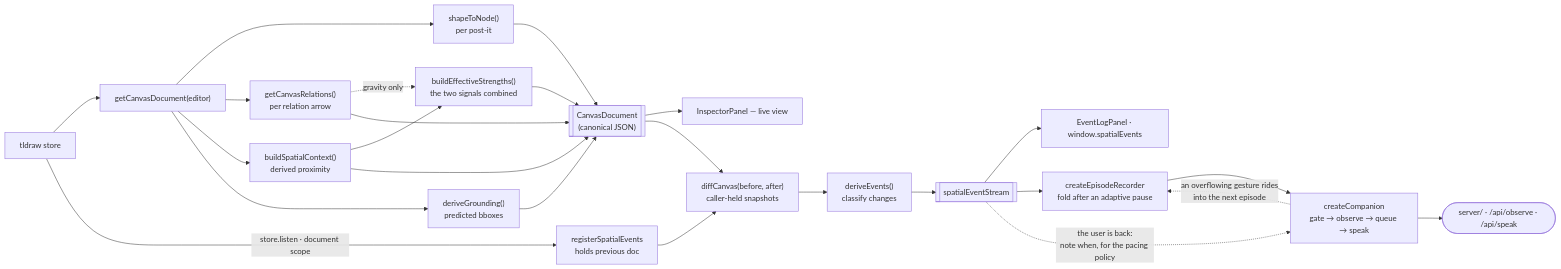
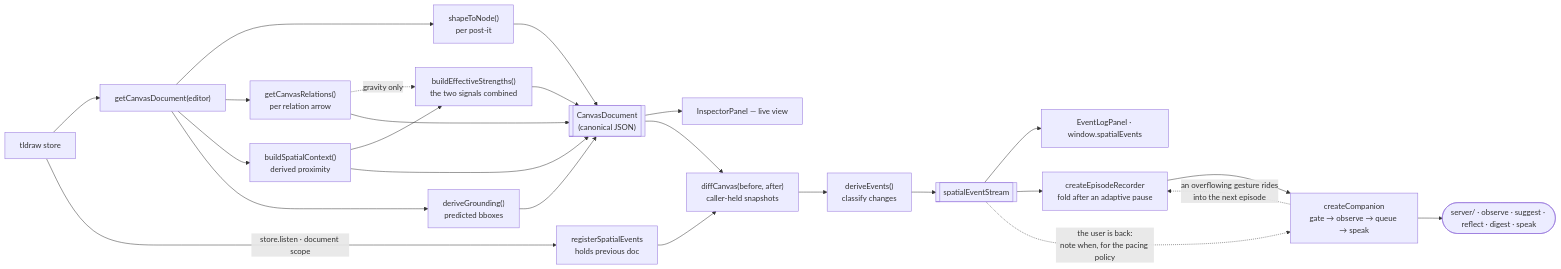
Before and after one commit to merdemkoc/llm-spatial-context: the second of 3 diagrams in CODEMAP.md, drawn with Mermaid. The commit also changed other lines of this file and 40 other files, not shown here.

````diff
--- a/CODEMAP.md
+++ b/CODEMAP.md
@@ -83,27 +83,27 @@
 ```mermaid
 flowchart LR
     store[tldraw store] --> gcd["getCanvasDocument(editor)"]
     gcd --> stn["shapeToNode()<br/>per post-it"]
     gcd --> gcr["getCanvasRelations()<br/>per relation arrow"]
     gcd --> bsc["buildSpatialContext()<br/>derived proximity"]
     gcd --> dg["deriveGrounding()<br/>predicted bboxes"]
     bsc --> bes["buildEffectiveStrengths()<br/>the two signals combined"]
     gcr -.->|"gravity only"| bes
     stn --> doc[["CanvasDocument<br/>(canonical JSON)"]]
     gcr --> doc
     bsc --> doc
     bes --> doc
     dg --> doc
     doc --> insp[InspectorPanel — live view]
     doc --> diff["diffCanvas(before, after)<br/>caller-held snapshots"]
     store -->|"store.listen · document scope"| rse["registerSpatialEvents<br/>holds previous doc"]
     rse --> diff
     diff --> de["deriveEvents()<br/>classify changes"]
     de --> es[["spatialEventStream"]]
     es --> elp["EventLogPanel · window.spatialEvents"]
     es --> rec["createEpisodeRecorder<br/>fold after an adaptive pause"]
     rec --> comp["createCompanion<br/>gate → observe → queue → speak"]
-    comp --> api(["server/ · /api/observe · /api/speak"])
+    comp --> api(["server/ · observe · suggest · reflect · digest · speak"])
     es -.->|"the user is back:<br/>note when, for the pacing policy"| comp
     comp -.->|"an overflowing gesture rides<br/>into the next episode"| rec
 ```
````
